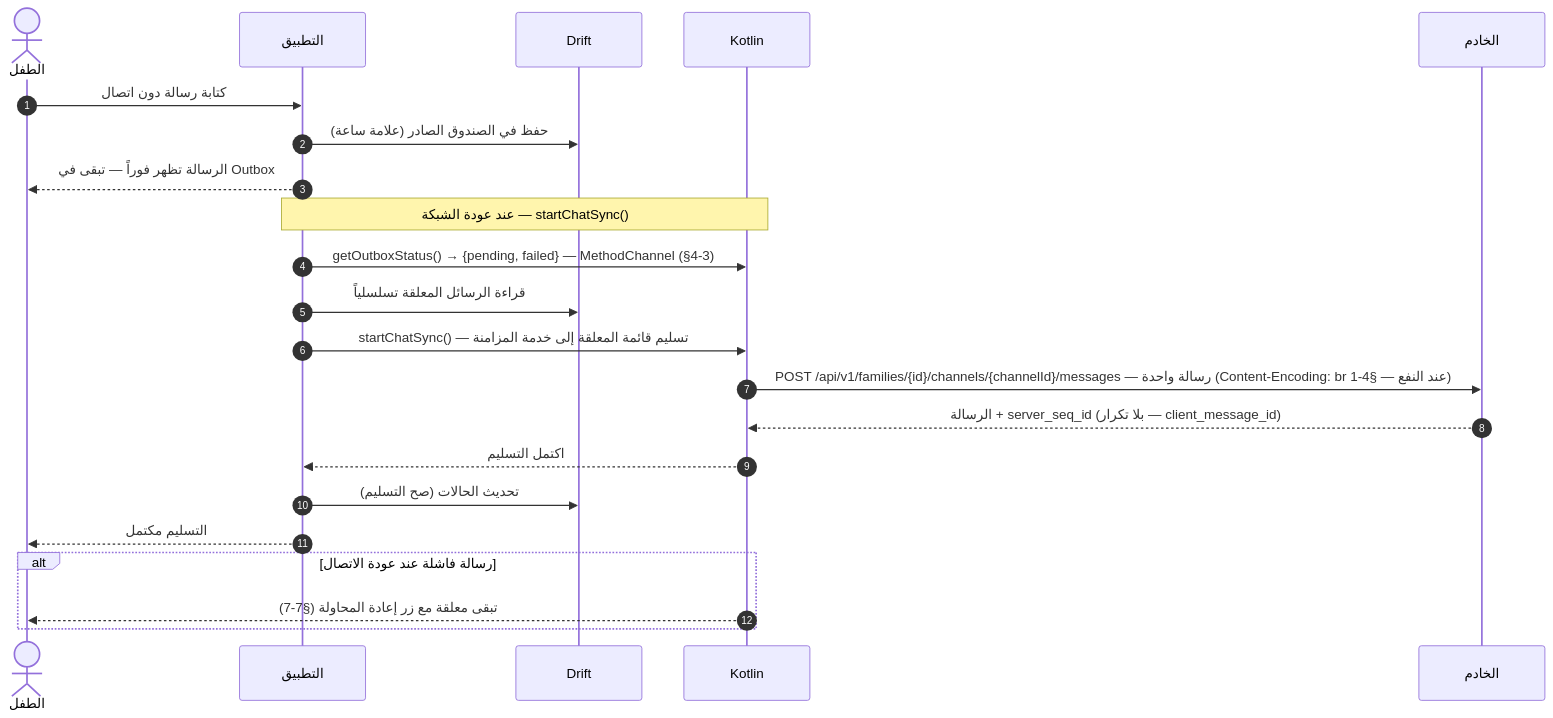
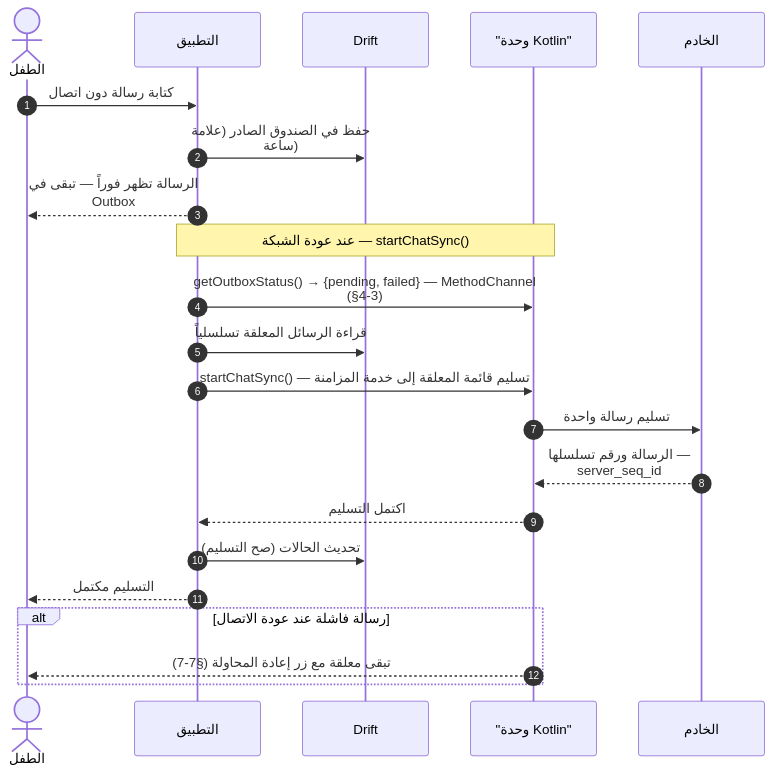
One commit to Bassam-mohammed-alqaeadi/family-os-v2 changed the eighth of 27 diagrams in docs/family-os/governance/phases/phase-1/S1-08-chat-basic/DIAGRAMS.md. Above: the diagram before and after it, drawn with Mermaid. The commit also changed other lines of this file, not shown here.

````diff
--- a/docs/family-os/governance/phases/phase-1/S1-08-chat-basic/DIAGRAMS.md
+++ b/docs/family-os/governance/phases/phase-1/S1-08-chat-basic/DIAGRAMS.md
@@ -268,24 +372,25 @@
 ```mermaid
+%%{init: {"sequence": {"wrap": true}}}%%
 sequenceDiagram
     autonumber
     actor Child as الطفل
     participant App as التطبيق
     participant Drift as Drift
-    participant K as Kotlin
+    participant K as "وحدة Kotlin"
     participant Ktor as الخادم
     Child->>App: كتابة رسالة دون اتصال
     App->>Drift: حفظ في الصندوق الصادر (علامة ساعة)
     App-->>Child: الرسالة تظهر فوراً — تبقى في Outbox
     Note over App,K: عند عودة الشبكة — startChatSync()
     App->>K: getOutboxStatus() → {pending, failed} — MethodChannel (§4-3)
     App->>Drift: قراءة الرسائل المعلقة تسلسلياً
     App->>K: startChatSync() — تسليم قائمة المعلقة إلى خدمة المزامنة
-    K->>Ktor: POST /api/v1/families/{id}/channels/{channelId}/messages — رسالة واحدة (Content-Encoding: br عند النفع — §4-1)
-    Ktor-->>K: الرسالة + server_seq_id (بلا تكرار — client_message_id)
+    K->>Ktor: تسليم رسالة واحدة
+    Ktor-->>K: الرسالة ورقم تسلسلها — server_seq_id
     K-->>App: اكتمل التسليم
     App->>Drift: تحديث الحالات (صح التسليم)
     App-->>Child: التسليم مكتمل
     alt رسالة فاشلة عند عودة الاتصال
         K-->>Child: تبقى معلقة مع زر إعادة المحاولة (§7-7)
     end
 ```
````
